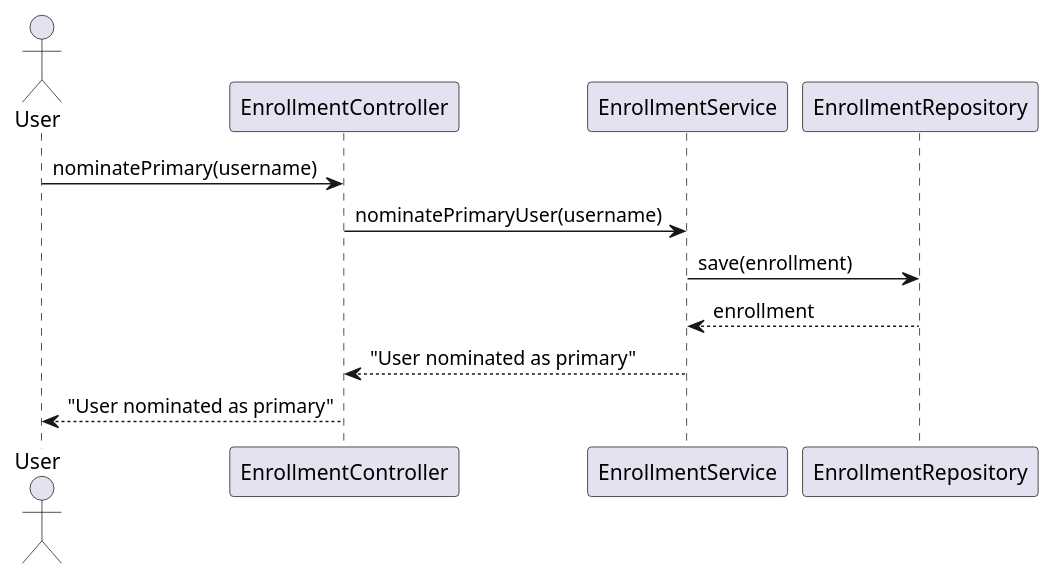
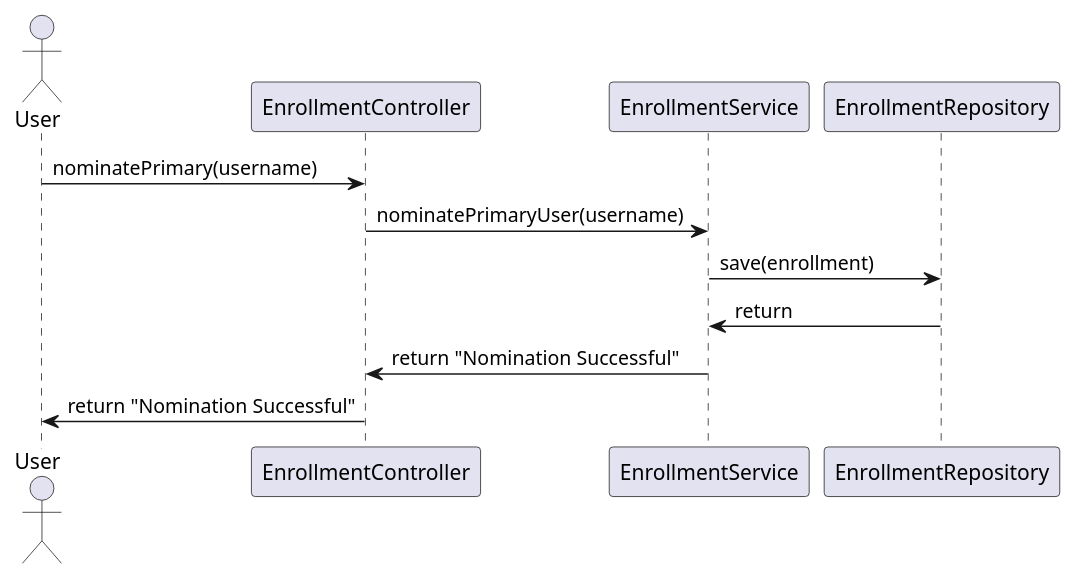
The first of 4 diagrams in enrollment/documentation/detaileddesign.adoc (Dinesh-s95/AutoDoc.ai), drawn with PlantUML before and after one commit. The commit also changed other lines of this file and 15 other files, not shown here.

```diff
--- a/enrollment/documentation/detaileddesign.adoc
+++ b/enrollment/documentation/detaileddesign.adoc
@@ -180,16 +166,16 @@
 [plantuml, user-registration-sequence, png]
 ----
 @startuml
-actor User
-participant "EnrollmentController" as Controller
-participant "EnrollmentService" as Service
-participant "EnrollmentRepository" as Repository
+actor "User" as user
+participant "EnrollmentController" as controller
+participant "EnrollmentService" as service
+participant "EnrollmentRepository" as repo
 
-User -> Controller : nominatePrimary(username)
-Controller -> Service : nominatePrimaryUser(username)
-Service -> Repository : save(enrollment)
-Repository --> Service : enrollment
-Service --> Controller : "User nominated as primary"
-Controller --> User : "User nominated as primary"
+user -> controller : nominatePrimary(username)
+controller -> service : nominatePrimaryUser(username)
+service -> repo : save(enrollment)
+repo -> service : return
+service -> controller : return "Nomination Successful"
+controller -> user : return "Nomination Successful"
 @enduml
 ----
```
